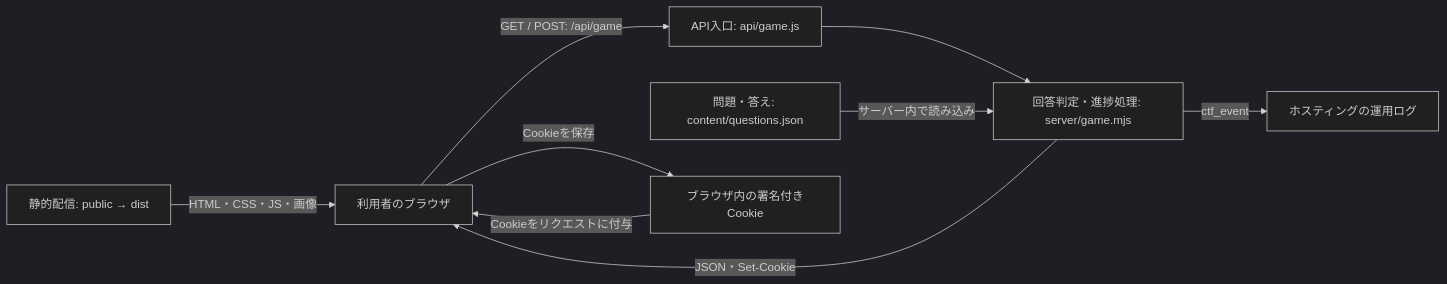
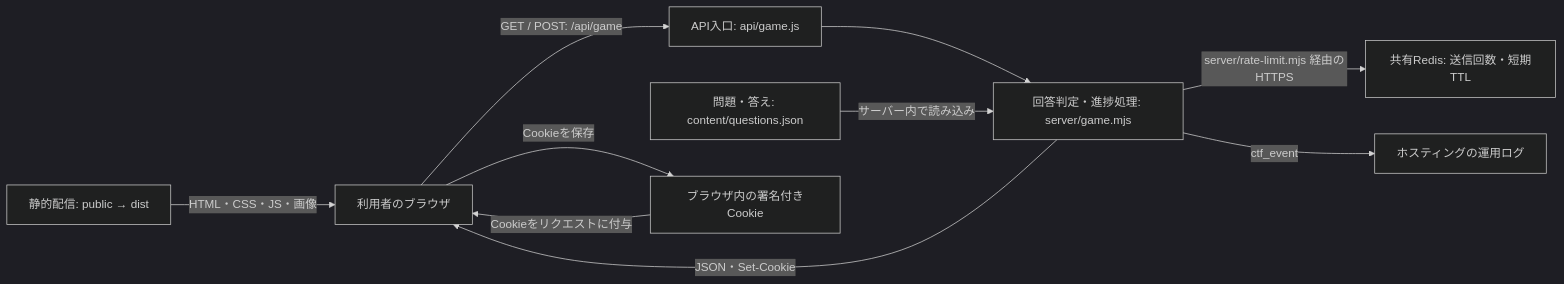
Before and after one commit to mazikaru492/-CTF: the first of 2 diagrams in README.md, drawn with Mermaid (dark theme). The commit also changed other lines of this file and 17 other files, not shown here.

````diff
--- a/README.md
+++ b/README.md
@@ -133,18 +147,20 @@
 ```mermaid
 flowchart LR
     B[利用者のブラウザ]
     S[静的配信: public → dist]
     A[API入口: api/game.js]
     G[回答判定・進捗処理: server/game.mjs]
     Q[問題・答え: content/questions.json]
     C[ブラウザ内の署名付きCookie]
     L[ホスティングの運用ログ]
+    R[共有Redis: 送信回数・短期TTL]
     S -->|HTML・CSS・JS・画像| B
     B -->|GET / POST: /api/game| A
     A --> G
+    G -->|server/rate-limit.mjs 経由のHTTPS| R
     Q -->|サーバー内で読み込み| G
     C -->|Cookieをリクエストに付与| B
     G -->|JSON・Set-Cookie| B
     B -->|Cookieを保存| C
     G -->|ctf_event| L
 ```
````
